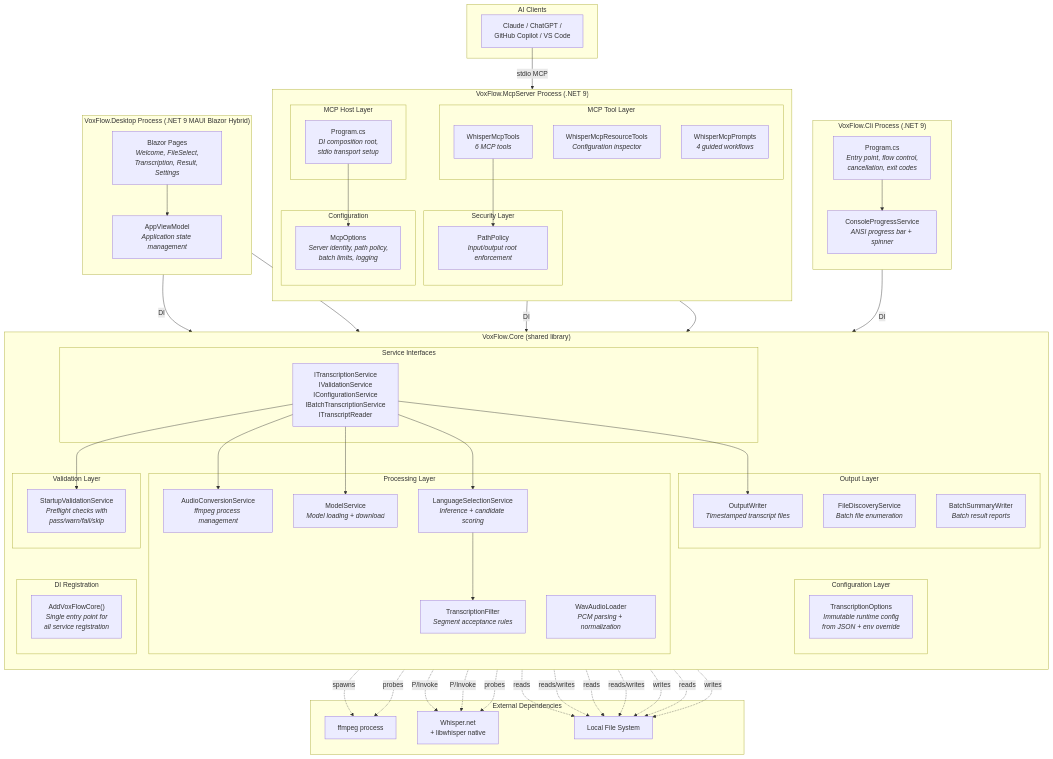
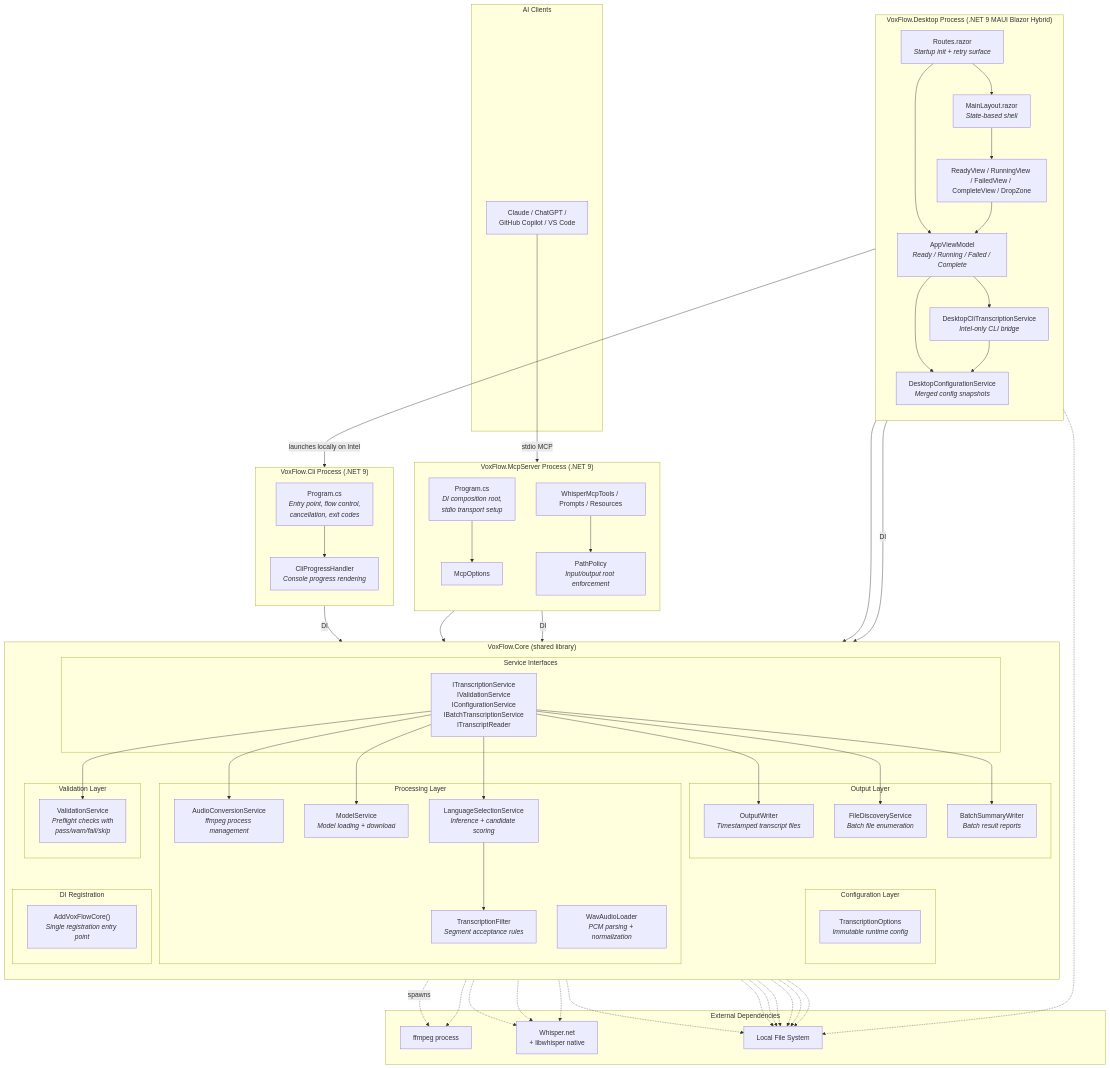
The diagram in docs/architecture/02-container-view.md (artemsemdev/VoxFlow), drawn with Mermaid before and after one commit. The commit also changed other lines of this file and 12 other files, not shown here.

First line of the commit message:
refactor: simplify VoxFlow Desktop UI by removing NotReady state, settings panel, and status bar

````diff
--- a/docs/architecture/02-container-view.md
+++ b/docs/architecture/02-container-view.md
@@ -25,11 +25,11 @@
         end
 
         subgraph config_layer["Configuration Layer"]
-            options["TranscriptionOptions<br/><i>Immutable runtime config<br/>from JSON + env override</i>"]
+            options["TranscriptionOptions<br/><i>Immutable runtime config</i>"]
         end
 
         subgraph validation_layer["Validation Layer"]
-            startup["StartupValidationService<br/><i>Preflight checks with<br/>pass/warn/fail/skip</i>"]
+            validation["ValidationService<br/><i>Preflight checks with<br/>pass/warn/fail/skip</i>"]
         end
 
         subgraph processing["Processing Layer"]
@@ -47,42 +47,32 @@
         end
 
         subgraph di_reg["DI Registration"]
-            addcore["AddVoxFlowCore()<br/><i>Single entry point for<br/>all service registration</i>"]
+            addcore["AddVoxFlowCore()<br/><i>Single registration entry point</i>"]
         end
     end
 
     subgraph cli_container["VoxFlow.Cli Process (.NET 9)"]
         direction TB
         cli_program["Program.cs<br/><i>Entry point, flow control,<br/>cancellation, exit codes</i>"]
-        cli_progress["ConsoleProgressService<br/><i>ANSI progress bar + spinner</i>"]
+        cli_progress["CliProgressHandler<br/><i>Console progress rendering</i>"]
     end
 
     subgraph mcp_container["VoxFlow.McpServer Process (.NET 9)"]
         direction TB
-
-        subgraph mcp_host["MCP Host Layer"]
-            mcp_program["Program.cs<br/><i>DI composition root,<br/>stdio transport setup</i>"]
-        end
-
-        subgraph mcp_tools["MCP Tool Layer"]
-            tools["WhisperMcpTools<br/><i>6 MCP tools</i>"]
-            resources["WhisperMcpResourceTools<br/><i>Configuration inspector</i>"]
-            prompts["WhisperMcpPrompts<br/><i>4 guided workflows</i>"]
-        end
-
-        subgraph mcp_security["Security Layer"]
-            pathpolicy["PathPolicy<br/><i>Input/output root enforcement</i>"]
-        end
-
-        subgraph mcp_config["Configuration"]
-            mcp_options["McpOptions<br/><i>Server identity, path policy,<br/>batch limits, logging</i>"]
-        end
+        mcp_program["Program.cs<br/><i>DI composition root,<br/>stdio transport setup</i>"]
+        tools["WhisperMcpTools / Prompts / Resources"]
+        pathpolicy["PathPolicy<br/><i>Input/output root enforcement</i>"]
+        mcp_options["McpOptions"]
     end
 
     subgraph desktop_container["VoxFlow.Desktop Process (.NET 9 MAUI Blazor Hybrid)"]
         direction TB
-        desktop_vm["AppViewModel<br/><i>Application state management</i>"]
-        desktop_pages["Blazor Pages<br/><i>Welcome, FileSelect,<br/>Transcription, Result, Settings</i>"]
+        routes["Routes.razor<br/><i>Startup init + retry surface</i>"]
+        layout["MainLayout.razor<br/><i>State-based shell</i>"]
+        desktop_vm["AppViewModel<br/><i>Ready / Running / Failed / Complete</i>"]
+        desktop_config["DesktopConfigurationService<br/><i>Merged config snapshots</i>"]
+        desktop_bridge["DesktopCliTranscriptionService<br/><i>Intel-only CLI bridge</i>"]
+        desktop_views["ReadyView / RunningView / FailedView / CompleteView / DropZone"]
     end
 
     subgraph external["External Dependencies"]
@@ -98,6 +88,9 @@
     cli_program -->|DI| addcore
     mcp_program -->|DI| addcore
     desktop_vm -->|DI| addcore
+    routes --> desktop_vm
+    layout --> desktop_views
+    desktop_views --> desktop_vm
 
     cli_program --> cli_progress
     ai -->|stdio MCP| mcp_program
@@ -105,28 +98,34 @@
     tools --> pathpolicy
     tools --> ifaces
 
-    desktop_pages --> desktop_vm
     desktop_vm --> ifaces
+    desktop_vm --> desktop_bridge
+    desktop_vm --> desktop_config
+    desktop_bridge --> desktop_config
+    desktop_bridge -->|launches locally on Intel| cli_program
+    routes --> layout
 
-    ifaces --> startup
+    ifaces --> validation
     ifaces --> convert
     ifaces --> model
     ifaces --> lang
     ifaces --> writer
-
+    ifaces --> discovery
+    ifaces --> summary
     lang --> filter
 
+    validation -.-> ffmpeg
+    validation -.-> whisper
     convert -.->|spawns| ffmpeg
-    model -.->|P/Invoke| whisper
-    lang -.->|P/Invoke| whisper
-    startup -.->|probes| ffmpeg
-    startup -.->|probes| whisper
+    model -.-> whisper
+    lang -.-> whisper
 
-    options -.->|reads| fs
-    convert -.->|reads/writes| fs
-    loader -.->|reads| fs
-    model -.->|reads/writes| fs
-    writer -.->|writes| fs
-    discovery -.->|reads| fs
-    summary -.->|writes| fs
+    options -.-> fs
+    desktop_config -.-> fs
+    convert -.-> fs
+    loader -.-> fs
+    model -.-> fs
+    writer -.-> fs
+    discovery -.-> fs
+    summary -.-> fs
 ```
````
